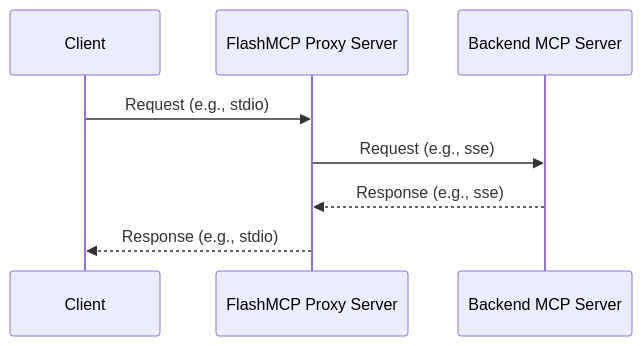
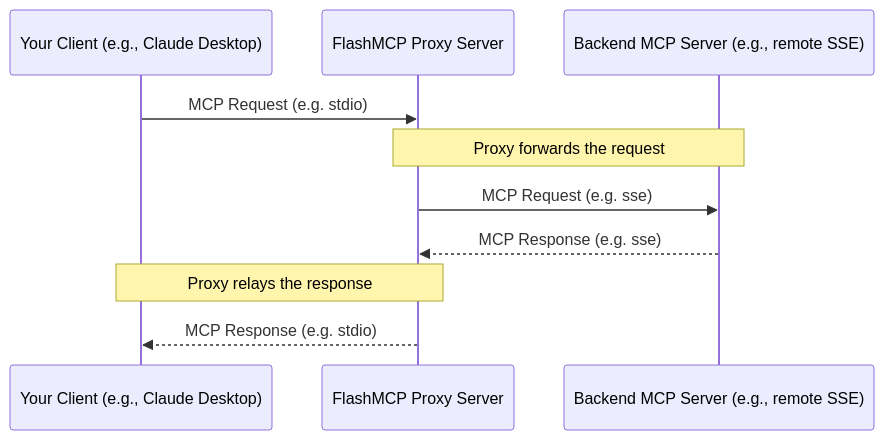
One commit to FlashMCP/FlashMCP changed the diagram in docs/patterns/proxy.mdx. Above: the diagram before and after it, drawn with Mermaid.

Commit message:
Update mermaid diagram

````diff
--- a/docs/patterns/proxy.mdx
+++ b/docs/patterns/proxy.mdx
@@ -17,11 +18,13 @@
 ```mermaid
 sequenceDiagram
-    participant Client
-    participant ProxyServer as FlashMCP Proxy Server
-    participant BackendServer as Backend MCP Server
+    participant ClientApp as Your Client (e.g., Claude Desktop)
+    participant FlashMCPProxy as FlashMCP Proxy Server
+    participant BackendServer as Backend MCP Server (e.g., remote SSE)
 
-    Client->>ProxyServer: Request (e.g., stdio)
-    ProxyServer->>BackendServer: Request (e.g., sse)
-    BackendServer-->>ProxyServer: Response (e.g., sse)
-    ProxyServer-->>Client: Response (e.g., stdio)
+    ClientApp->>FlashMCPProxy: MCP Request (e.g. stdio)
+    Note over FlashMCPProxy, BackendServer: Proxy forwards the request
+    FlashMCPProxy->>BackendServer: MCP Request (e.g. sse)
+    BackendServer-->>FlashMCPProxy: MCP Response (e.g. sse)
+    Note over ClientApp, FlashMCPProxy: Proxy relays the response
+    FlashMCPProxy-->>ClientApp: MCP Response (e.g. stdio)
 ```
````
